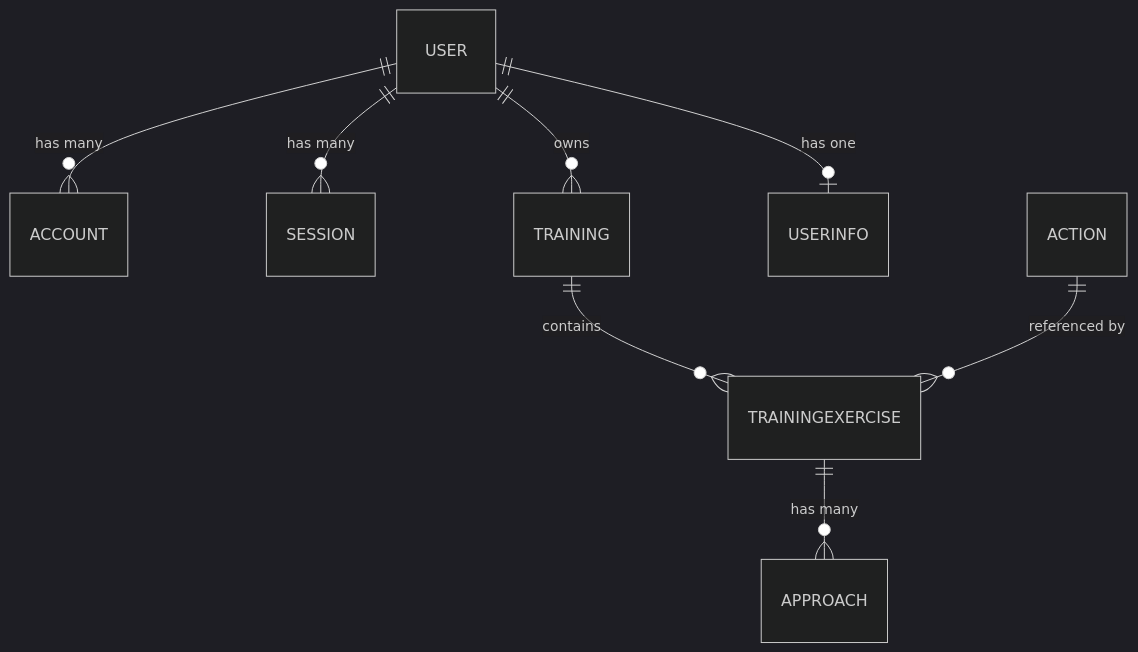
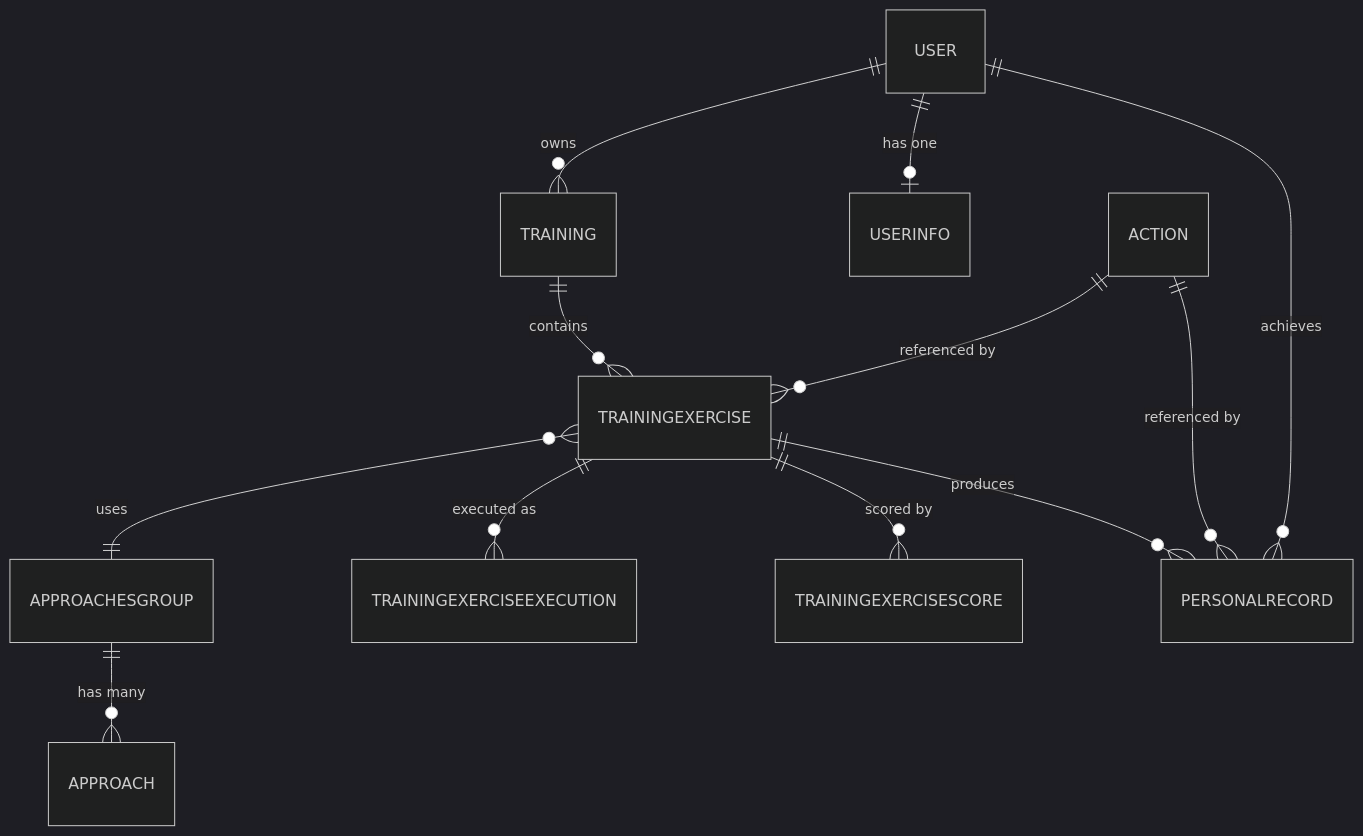
The fourth of 8 diagrams in .qoder/repowiki/en/content/Architecture Overview/Architecture Overview.md (Dezzpil/meingym), drawn with Mermaid (dark theme) before and after one commit. The commit also changed other lines of this file and 12 other files, not shown here.

````diff
--- a/.qoder/repowiki/en/content/Architecture Overview/Architecture Overview.md
+++ b/.qoder/repowiki/en/content/Architecture Overview/Architecture Overview.md
@@ -200,10 +250,14 @@
 ```mermaid
 erDiagram
-USER ||--o{ ACCOUNT : "has many"
-USER ||--o{ SESSION : "has many"
 USER ||--o{ TRAINING : "owns"
 USER ||--o| USERINFO : "has one"
+USER ||--o{ PERSONALRECORD : "achieves"
 TRAINING ||--o{ TRAININGEXERCISE : "contains"
-TRAININGEXERCISE ||--o{ APPROACH : "has many"
+TRAININGEXERCISE }o--|| APPROACHESGROUP : "uses"
+APPROACHESGROUP ||--o{ APPROACH : "has many"
+TRAININGEXERCISE ||--o{ TRAININGEXERCISEEXECUTION : "executed as"
+TRAININGEXERCISE ||--o{ TRAININGEXERCISESCORE : "scored by"
+TRAININGEXERCISE ||--o{ PERSONALRECORD : "produces"
 ACTION ||--o{ TRAININGEXERCISE : "referenced by"
+ACTION ||--o{ PERSONALRECORD : "referenced by"
 ```
````
